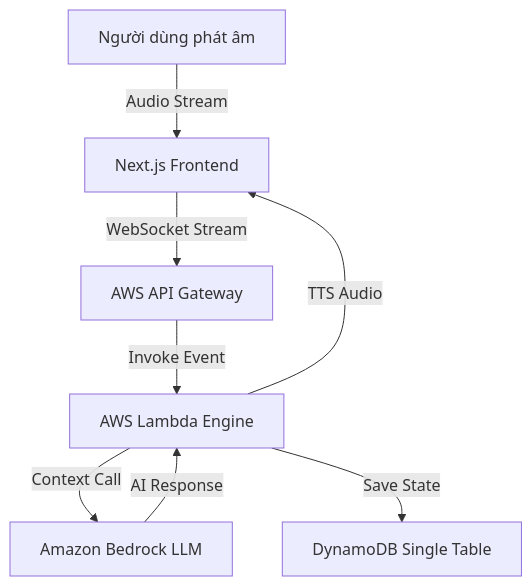
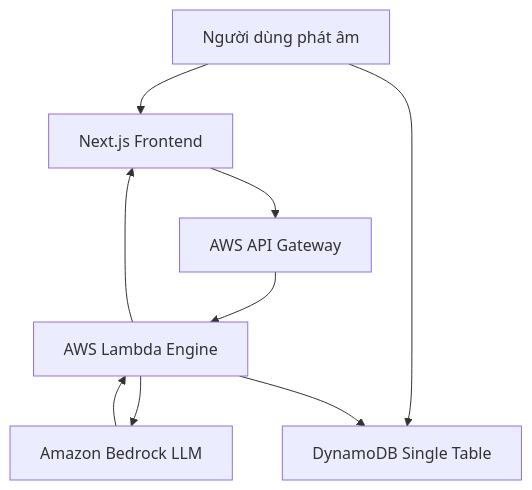
The diagram in content/posts/lexi-ai-english-tutor.md (nguyengoctin/my_website), drawn with Mermaid before and after one commit. The commit also changed 17 other files, not shown here.

````diff
--- a/content/posts/lexi-ai-english-tutor.md
+++ b/content/posts/lexi-ai-english-tutor.md
@@ -27,10 +27,11 @@
 ```mermaid
 flowchart TD
-    User["Người dùng phát âm"] -->|Audio Stream| FE["Next.js Frontend"]
-    FE -->|WebSocket Stream| Gateway["AWS API Gateway"]
-    Gateway -->|Invoke Event| Lambda["AWS Lambda Engine"]
-    Lambda -->|Context Call| Bedrock["Amazon Bedrock LLM"]
-    Bedrock -->|AI Response| Lambda
-    Lambda -->|Save State| Dynamo["DynamoDB Single Table"]
-    Lambda -->|TTS Audio| FE
+    User["Người dùng phát âm"] --> FE["Next.js Frontend"]
+    FE --> Gateway["AWS API Gateway"]
+    Gateway --> Lambda["AWS Lambda Engine"]
+    User --> Dynamo["DynamoDB Single Table"]
+    Lambda --> Bedrock["Amazon Bedrock LLM"]
+    Bedrock --> Lambda
+    Lambda --> Dynamo
+    Lambda --> FE
 ```
````
